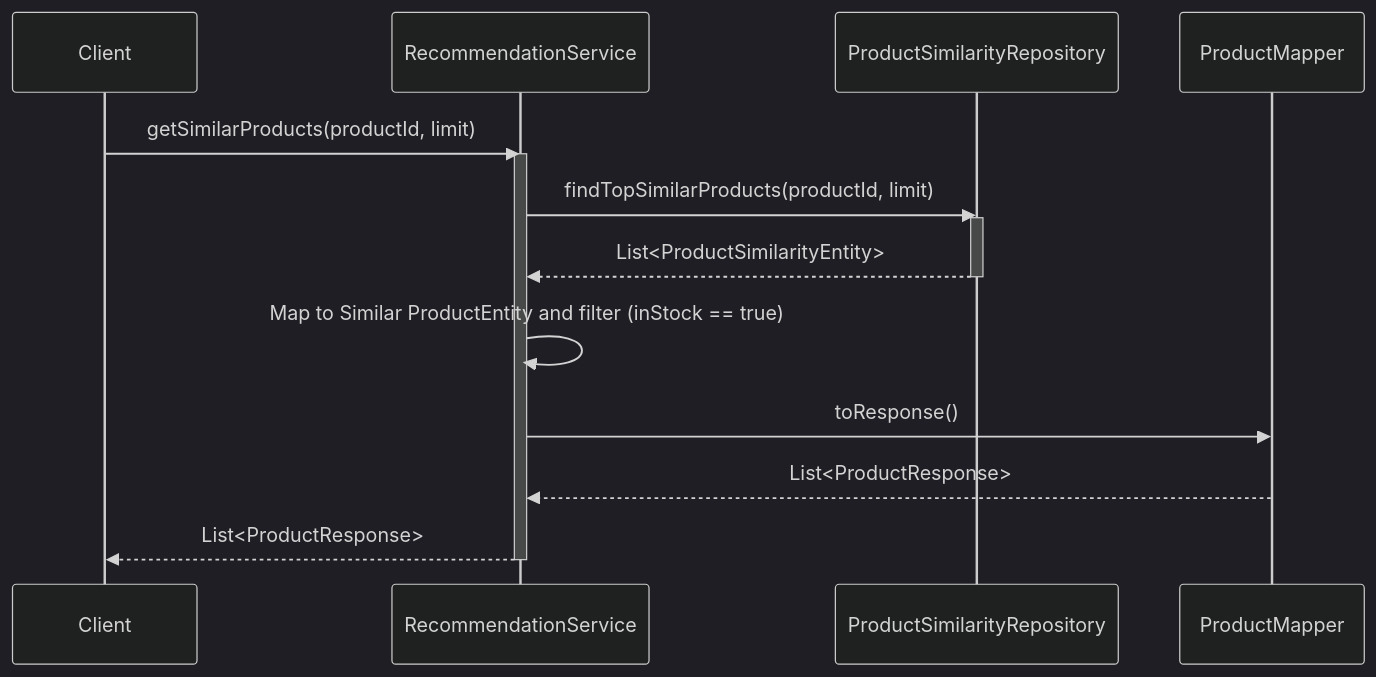
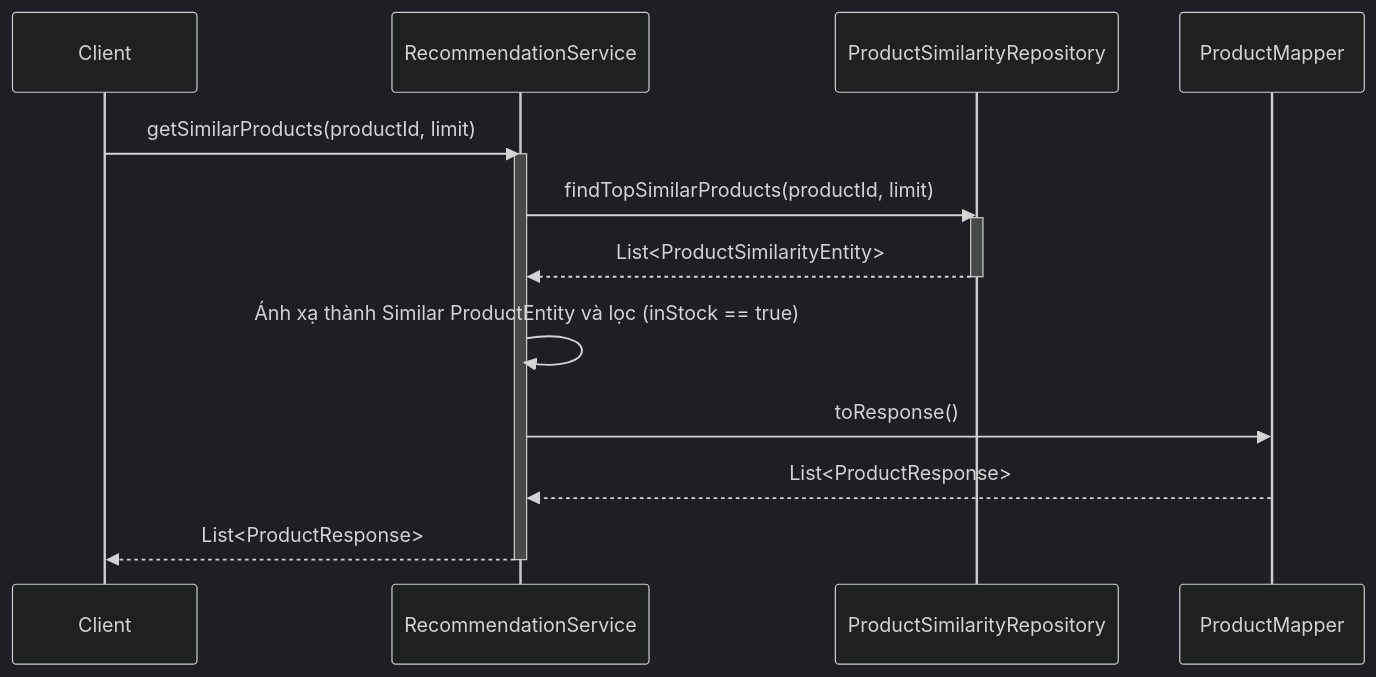
Before and after one commit to aquoc09/easymall: the second of 3 diagrams in .agent/sequence/recommendation_service_sequence_diagrams.md, drawn with Mermaid (dark theme). The commit also changed other lines of this file and 18 other files, not shown here.

Commit message:
UPDATE: Sequence diagram vietnamese

````diff
--- a/.agent/sequence/recommendation_service_sequence_diagrams.md
+++ b/.agent/sequence/recommendation_service_sequence_diagrams.md
@@ -54,23 +54,23 @@
 ```mermaid
 sequenceDiagram
     participant Client
     participant RecommendationService
     participant ProductSimilarityRepository
     participant ProductMapper
 
     Client->>RecommendationService: getSimilarProducts(productId, limit)
     activate RecommendationService
 
     RecommendationService->>ProductSimilarityRepository: findTopSimilarProducts(productId, limit)
     activate ProductSimilarityRepository
     ProductSimilarityRepository-->>RecommendationService: List<ProductSimilarityEntity>
     deactivate ProductSimilarityRepository
 
-    RecommendationService->>RecommendationService: Map to Similar ProductEntity and filter (inStock == true)
+    RecommendationService->>RecommendationService: Ánh xạ thành Similar ProductEntity và lọc (inStock == true)
 
     RecommendationService->>ProductMapper: toResponse()
     ProductMapper-->>RecommendationService: List<ProductResponse>
 
     RecommendationService-->>Client: List<ProductResponse>
     deactivate RecommendationService
 ```
````
